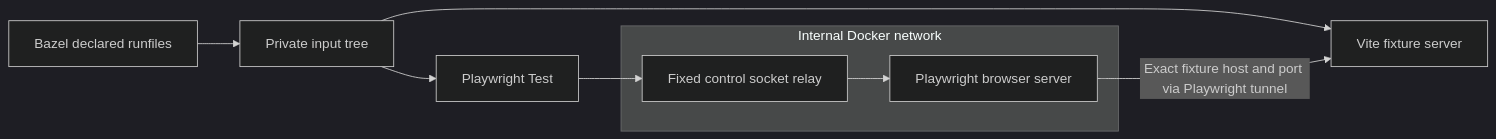
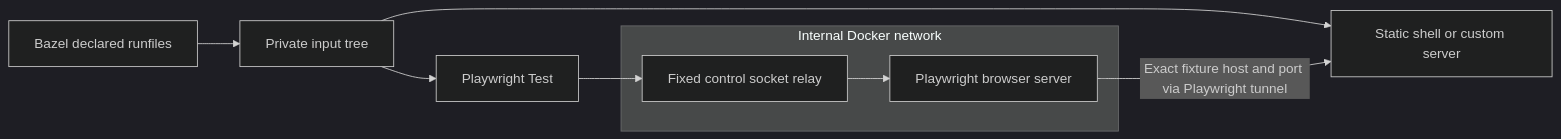
One commit to perplexityai/rules_web_e2e changed the diagram in docs/testcontainers-vrt.md. Above: the diagram before and after it, drawn with Mermaid (dark theme). The commit also changed other lines of this file and 38 other files, not shown here.

````diff
--- a/docs/testcontainers-vrt.md
+++ b/docs/testcontainers-vrt.md
@@ -9,11 +9,11 @@
 ```mermaid
 flowchart LR
   Bazel[Bazel declared runfiles] --> Stage[Private input tree]
-  Stage --> Vite[Vite fixture server]
+  Stage --> Server[Static shell or custom server]
   Stage --> Test[Playwright Test]
   Test --> Relay[Fixed control socket relay]
   subgraph Internal Docker network
     Relay --> Browser[Playwright browser server]
   end
-  Browser -->|Exact fixture host and port via Playwright tunnel| Vite
+  Browser -->|Exact fixture host and port via Playwright tunnel| Server
 ```
````
